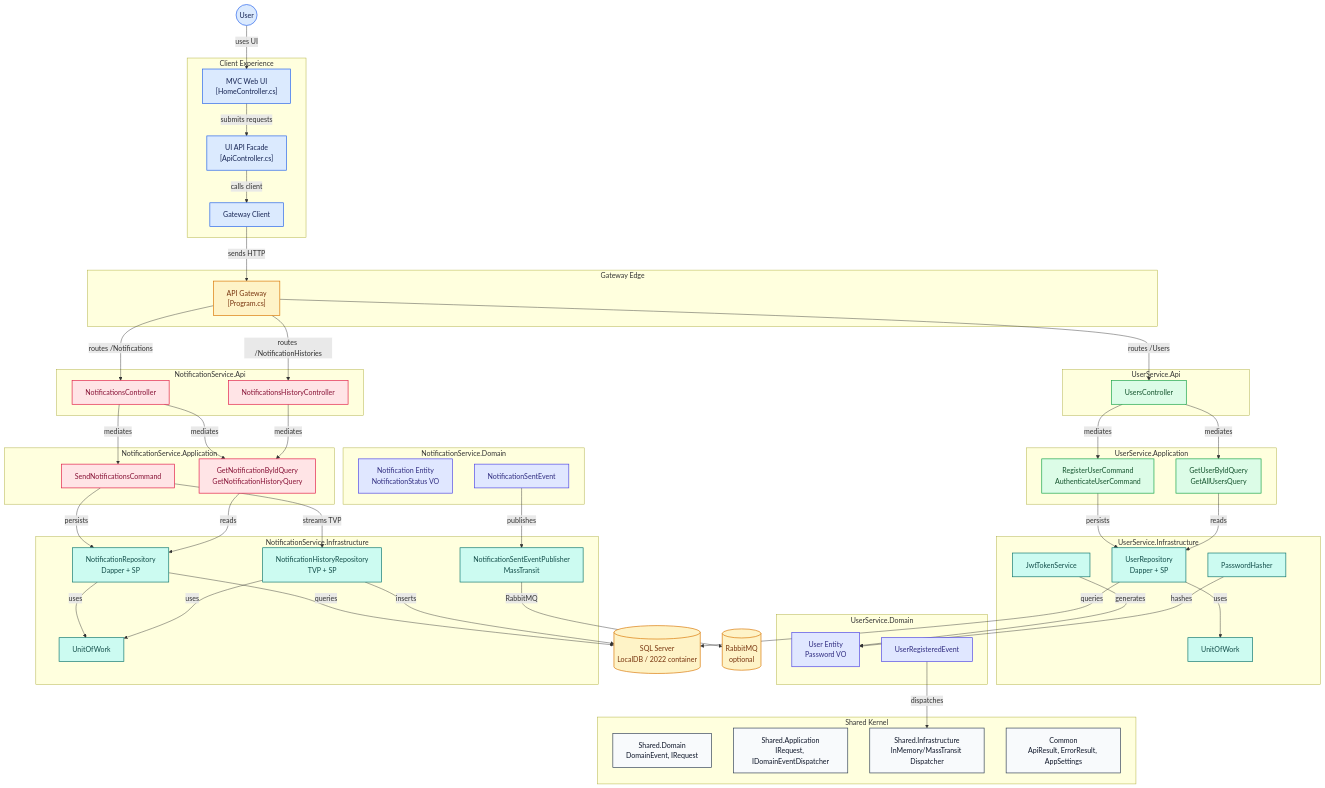
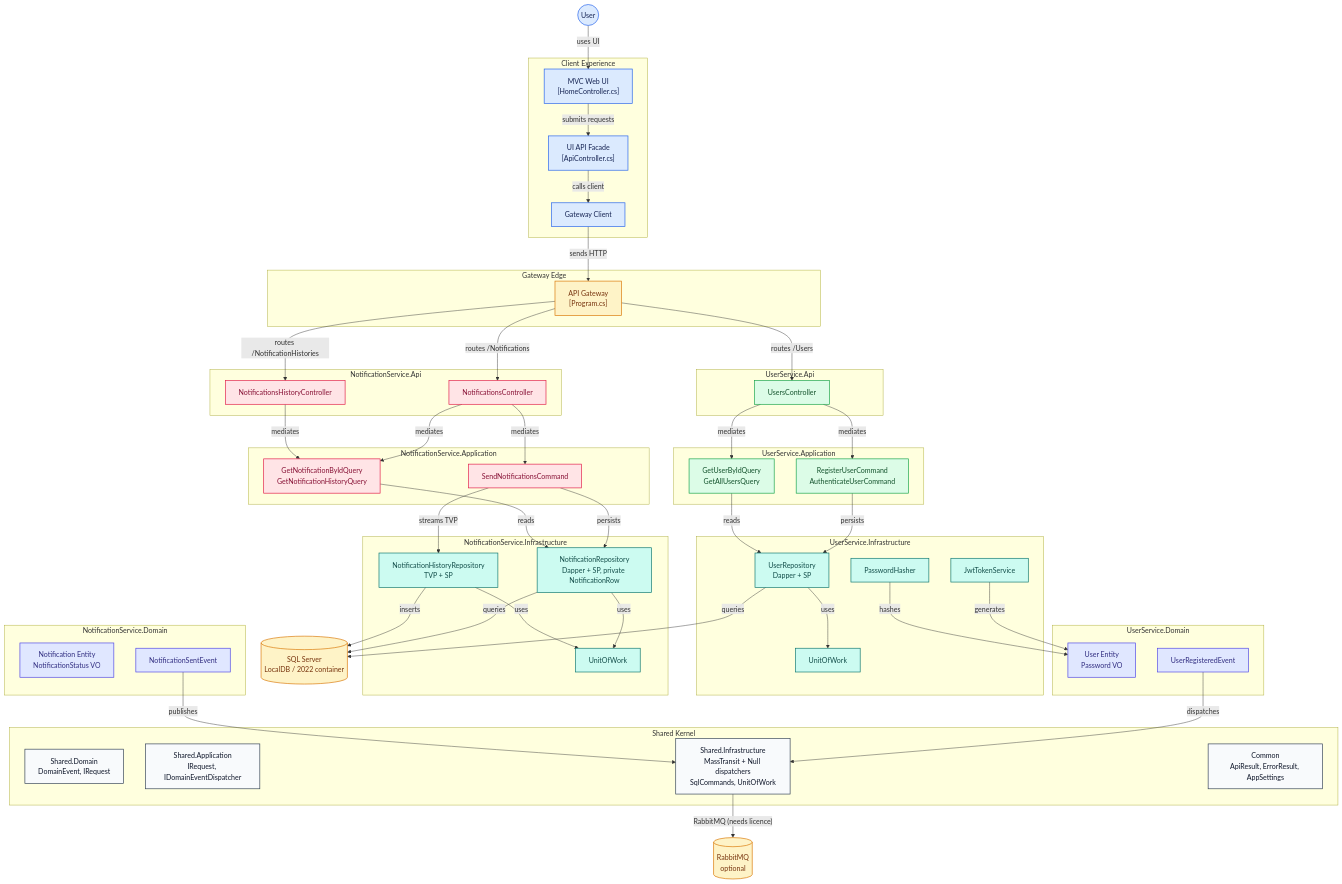
The diagram in README.md (ahmadmdabit/NotificationSystem), drawn with Mermaid before and after one commit. The commit also changed other lines of this file and 165 other files, not shown here.

````diff
--- a/README.md
+++ b/README.md
@@ -104,10 +108,9 @@
 end
 
 subgraph group_notif_infra["NotificationService.Infrastructure"]
-  node_notif_repo["NotificationRepository<br/>Dapper + SP"]
+  node_notif_repo["NotificationRepository<br/>Dapper + SP, private NotificationRow"]
   node_history_repo["NotificationHistoryRepository<br/>TVP + SP"]
   node_notif_uow["UnitOfWork"]
-  node_notif_publisher["NotificationSentEventPublisher<br/>MassTransit"]
 end
 
 subgraph group_notif_domain["NotificationService.Domain"]
@@ -118,7 +121,7 @@
 subgraph group_shared["Shared Kernel"]
   node_shared_domain["Shared.Domain<br/>DomainEvent, IRequest"]
   node_shared_app["Shared.Application<br/>IRequest, IDomainEventDispatcher"]
-  node_shared_infra["Shared.Infrastructure<br/>InMemory/MassTransit Dispatcher"]
+  node_shared_infra["Shared.Infrastructure<br/>MassTransit + Null dispatchers<br/>SqlCommands, UnitOfWork"]
   node_common["Common<br/>ApiResult, ErrorResult, AppSettings"]
 end
 
@@ -149,8 +152,8 @@
 node_notif_query -->|"reads"| node_notif_repo
 node_notif_repo -->|"uses"| node_notif_uow
 node_history_repo -->|"uses"| node_notif_uow
-node_notif_event -->|"publishes"| node_notif_publisher
-node_notif_publisher -->|"RabbitMQ"| node_rabbitmq
+node_notif_event -->|"publishes"| node_shared_infra
+node_shared_infra -->|"RabbitMQ (needs licence)"| node_rabbitmq
 node_user_repo -->|"queries"| node_sql_server
 node_notif_repo -->|"queries"| node_sql_server
 node_history_repo -->|"inserts"| node_sql_server
@@ -168,7 +171,7 @@
 class node_user_infra,node_user_repo,node_user_uow,node_user_jwt,node_user_pwd toneTeal
 class node_user_domain,node_user_entity,node_user_event toneIndigo
 class node_notif_api,node_history_api,node_notif_cmd,node_notif_query toneRose
-class node_notif_infra,node_notif_repo,node_history_repo,node_notif_uow,node_notif_publisher toneTeal
+class node_notif_infra,node_notif_repo,node_history_repo,node_notif_uow toneTeal
 class node_notif_domain,node_notif_entity,node_notif_event toneIndigo
 class node_shared_domain,node_shared_app,node_shared_infra,node_common toneNeutral
 ```
````
